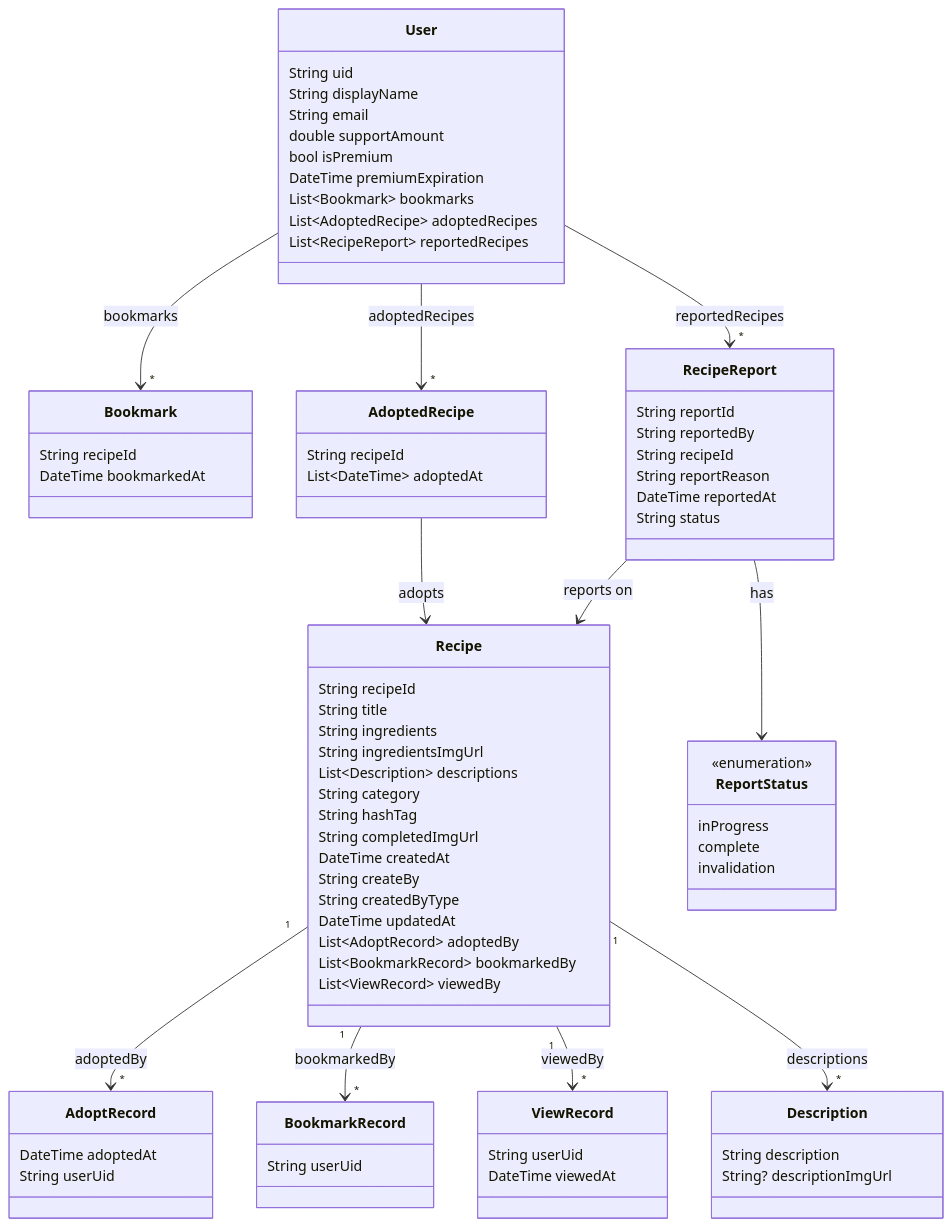
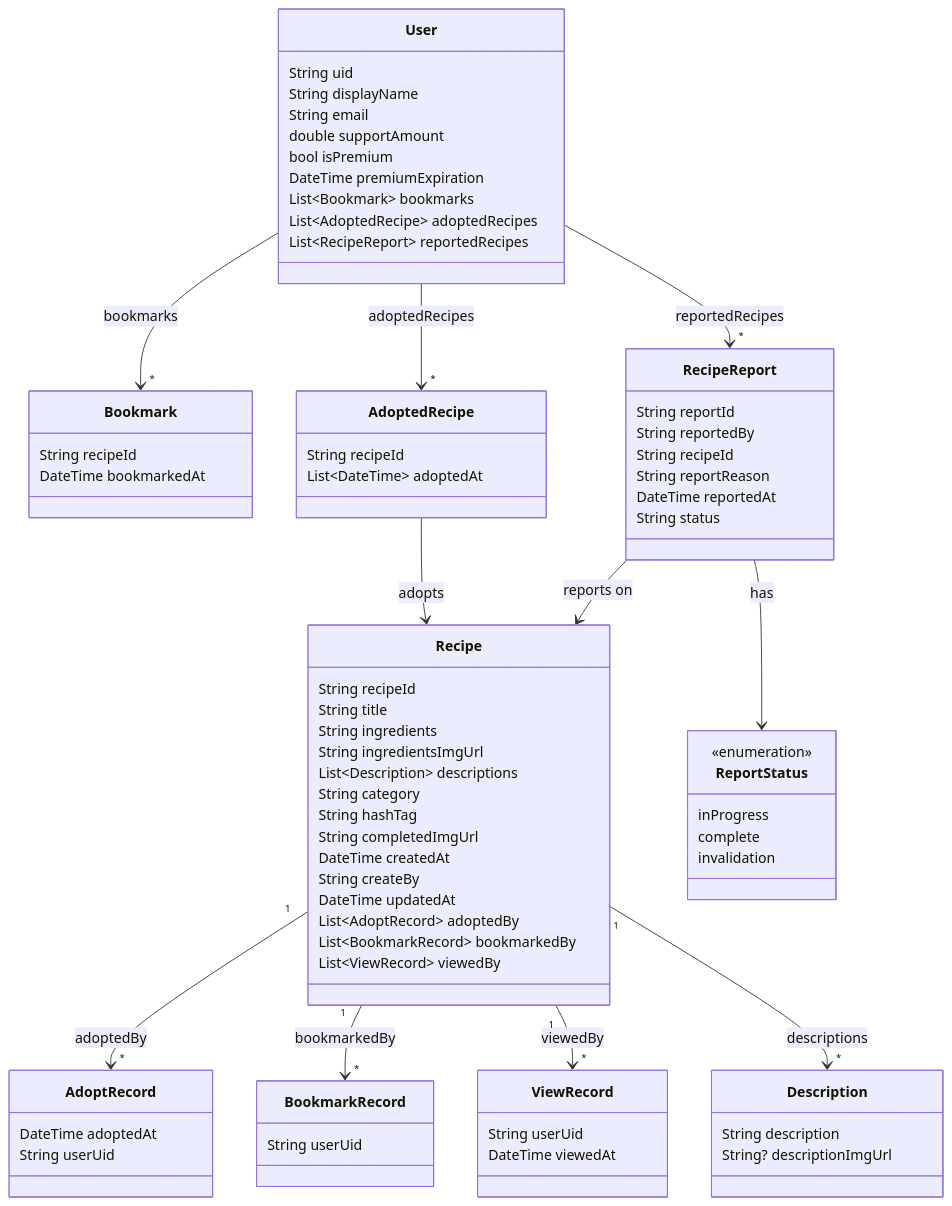
One commit to kangsudal/Eat-Go changed the diagram in README.md. Above: the diagram before and after it, drawn with Mermaid. The commit also changed 2 other files, not shown here.

Commit message:
폴더 정리

```diff
--- a/README.md
+++ b/README.md
@@ -94,7 +94,6 @@
         String completedImgUrl
         DateTime createdAt
         String createBy
-        String createdByType
         DateTime updatedAt
         List~AdoptRecord~ adoptedBy
         List~BookmarkRecord~ bookmarkedBy
```
